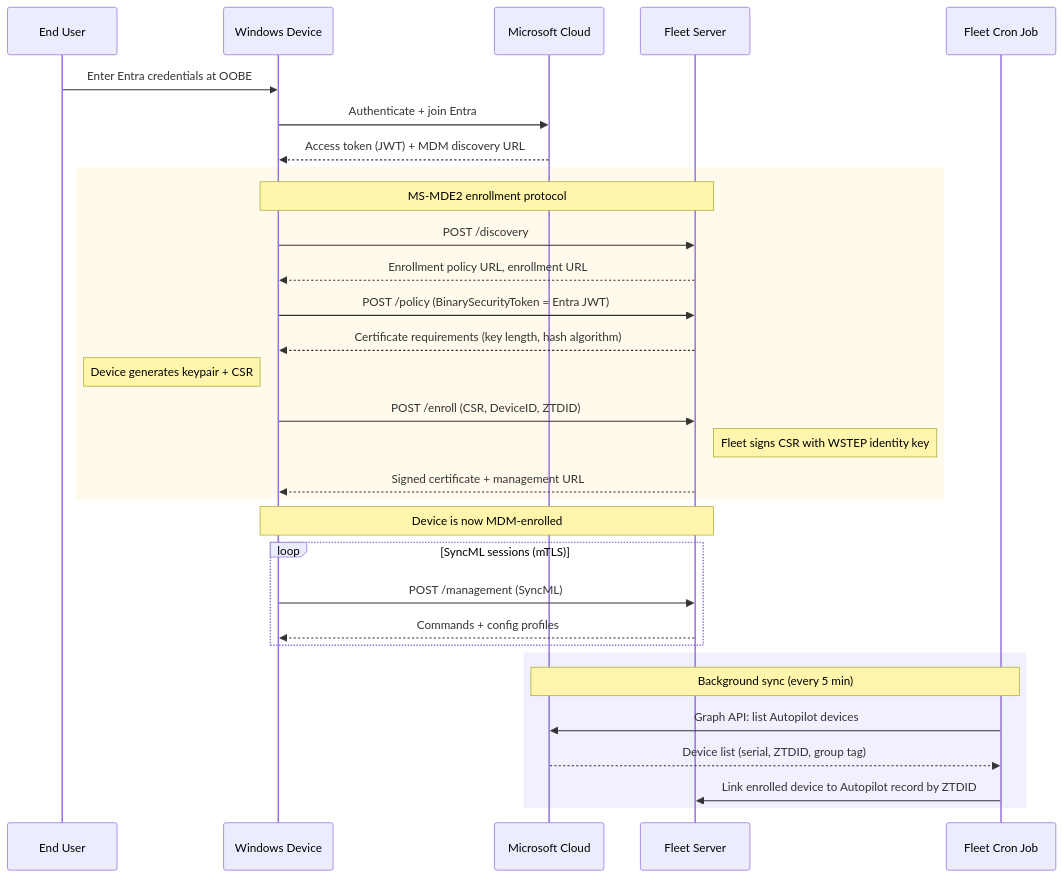
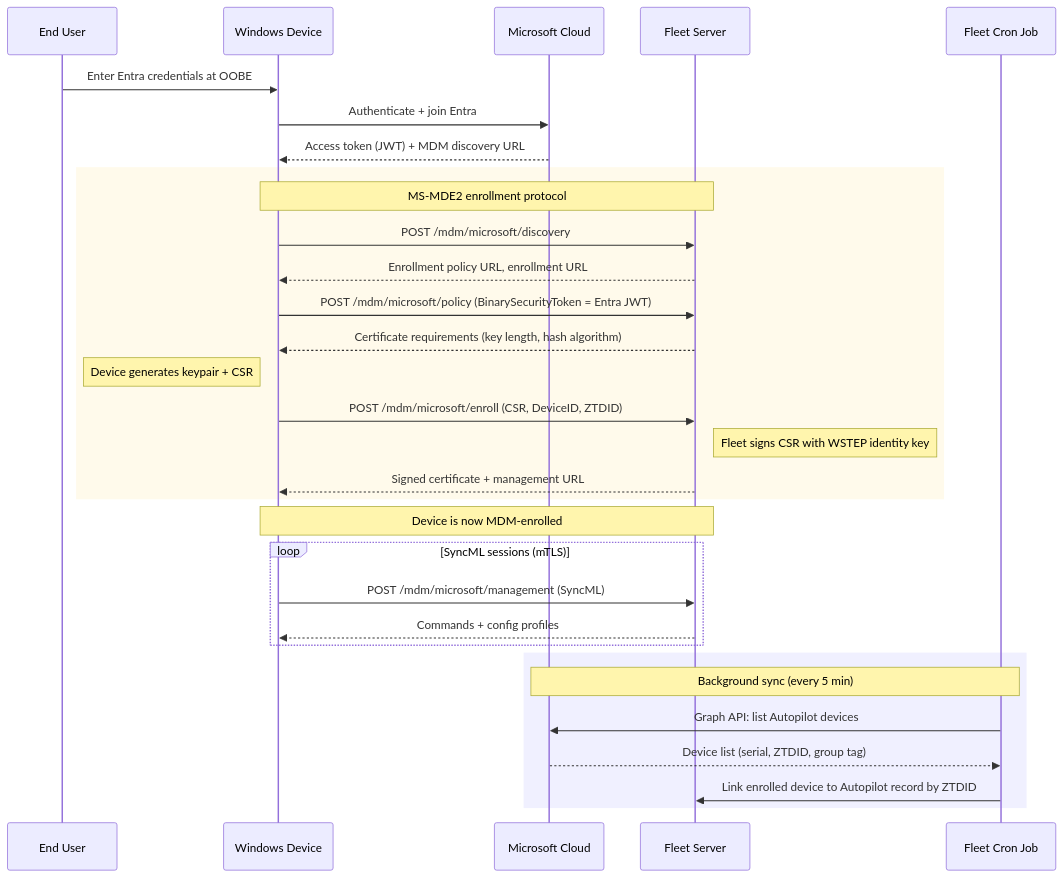
One commit to fleetdm/fleet changed the third of 4 diagrams in docs/Contributing/product-groups/mdm/windows-autopilot-how-it-works.md. Above: the diagram before and after it, drawn with Mermaid. The commit also changed other lines of this file, not shown here.

Commit message:
Add /mdm/ and /fleet/ path prefixes to clarify which Fleet server side handles each request

````diff
--- a/docs/Contributing/product-groups/mdm/windows-autopilot-how-it-works.md
+++ b/docs/Contributing/product-groups/mdm/windows-autopilot-how-it-works.md
@@ -68,40 +68,40 @@
 ```mermaid
 sequenceDiagram
     participant User as End User
     participant Win as Windows Device
     participant MS as Microsoft Cloud
     participant Fleet as Fleet Server
     participant Cron as Fleet Cron Job
 
     User->>Win: Enter Entra credentials at OOBE
     Win->>MS: Authenticate + join Entra
     MS-->>Win: Access token (JWT) + MDM discovery URL
 
     rect rgb(255, 250, 235)
         note over Win, Fleet: MS-MDE2 enrollment protocol
-        Win->>Fleet: POST /discovery
+        Win->>Fleet: POST /mdm/microsoft/discovery
         Fleet-->>Win: Enrollment policy URL, enrollment URL
 
-        Win->>Fleet: POST /policy (BinarySecurityToken = Entra JWT)
+        Win->>Fleet: POST /mdm/microsoft/policy (BinarySecurityToken = Entra JWT)
         Fleet-->>Win: Certificate requirements (key length, hash algorithm)
 
         note left of Win: Device generates keypair + CSR
-        Win->>Fleet: POST /enroll (CSR, DeviceID, ZTDID)
+        Win->>Fleet: POST /mdm/microsoft/enroll (CSR, DeviceID, ZTDID)
         note right of Fleet: Fleet signs CSR with WSTEP identity key
         Fleet-->>Win: Signed certificate + management URL
     end
 
     note over Win, Fleet: Device is now MDM-enrolled
 
     loop SyncML sessions (mTLS)
-        Win->>Fleet: POST /management (SyncML)
+        Win->>Fleet: POST /mdm/microsoft/management (SyncML)
         Fleet-->>Win: Commands + config profiles
     end
 
     rect rgb(240, 240, 255)
         note over Cron, MS: Background sync (every 5 min)
         Cron->>MS: Graph API: list Autopilot devices
         MS-->>Cron: Device list (serial, ZTDID, group tag)
         Cron->>Fleet: Link enrolled device to Autopilot record by ZTDID
     end
 ```
````
